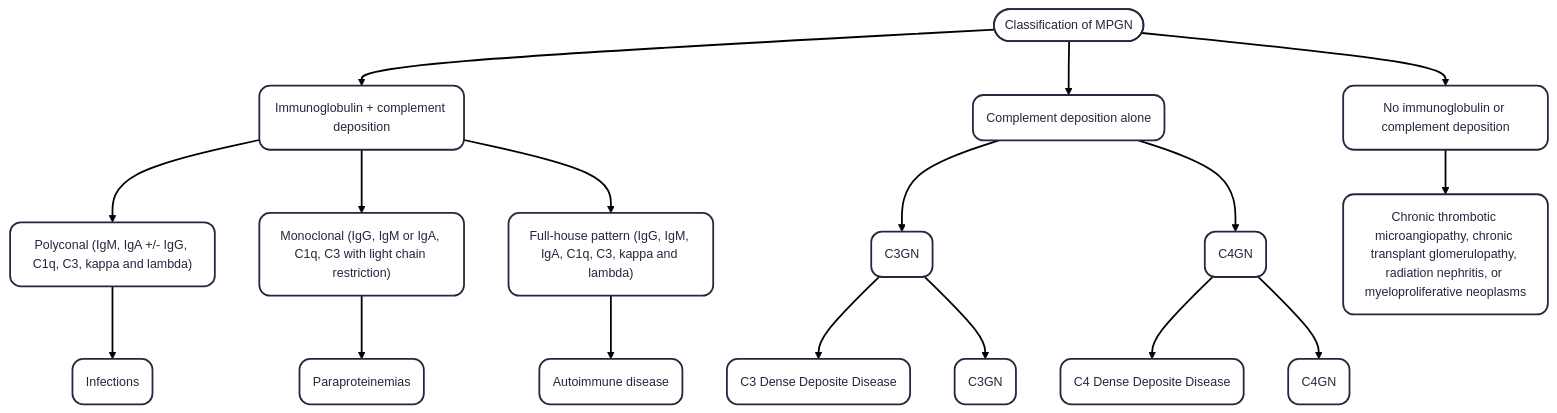
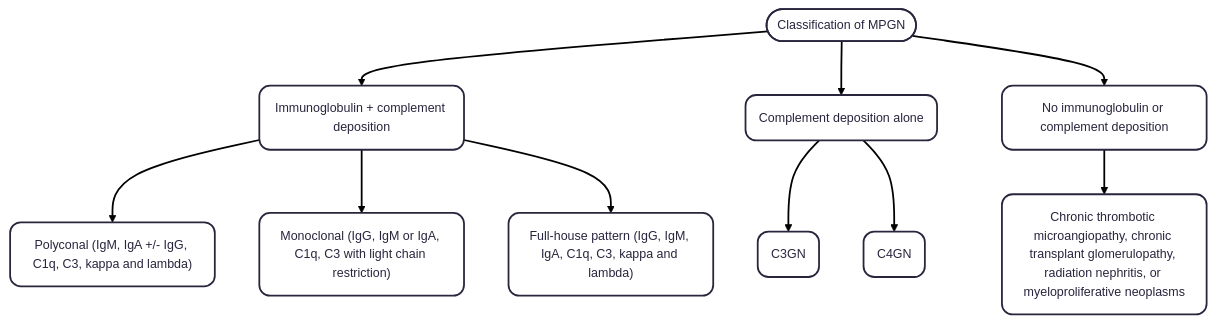
One commit to TTUNEPH2025/GN changed the first of 3 diagrams in docs/MPGN-C3GN.md. Above: the diagram before and after it, drawn with Mermaid.

````diff
--- a/docs/MPGN-C3GN.md
+++ b/docs/MPGN-C3GN.md
@@ -53,34 +53,21 @@
 ```mermaid
 ---
 config:
   theme: redux
 ---
 flowchart TB
     n1(["Classification of MPGN"]) --> n2["Immunoglobulin + complement deposition"] & n3["Complement deposition alone"] & n4["No immunoglobulin or complement deposition"]
     n2 --> n5["Polyconal (IgM, IgA +/- IgG, C1q, C3, kappa and lambda)"] & n6["Monoclonal (IgG, IgM or IgA, C1q, C3 with light chain restriction)"] & n7["Full-house pattern (IgG, IgM, IgA, C1q, C3, kappa and lambda)"]
     n3 --> n8["C3GN"] & n9["C4GN"]
     n4 --> n10["Chronic thrombotic microangiopathy, chronic transplant glomerulopathy, radiation nephritis, or myeloproliferative neoplasms"]
-    n5 --> n11["Infections"]
-    n6 --> n12["Paraproteinemias"]
-    n7 --> n13["Autoimmune disease"]
-    n8 --> n14["C3 Dense Deposite Disease"] & n15["C3GN"]
-    n9 --> n16["C4 Dense Deposite Disease"]
-    n9 --> n17["C4GN"]
 
     n2@{ shape: rounded}
     n3@{ shape: rounded}
     n4@{ shape: rounded}
     n5@{ shape: rounded}
     n6@{ shape: rounded}
     n7@{ shape: rounded}
     n8@{ shape: rounded}
     n9@{ shape: rounded}
     n10@{ shape: rounded}
-    n11@{ shape: rounded}
-    n12@{ shape: rounded}
-    n13@{ shape: rounded}
-    n14@{ shape: rounded}
-    n15@{ shape: rounded}
-    n16@{ shape: rounded}
-    n17@{ shape: rounded}
 ```
````
